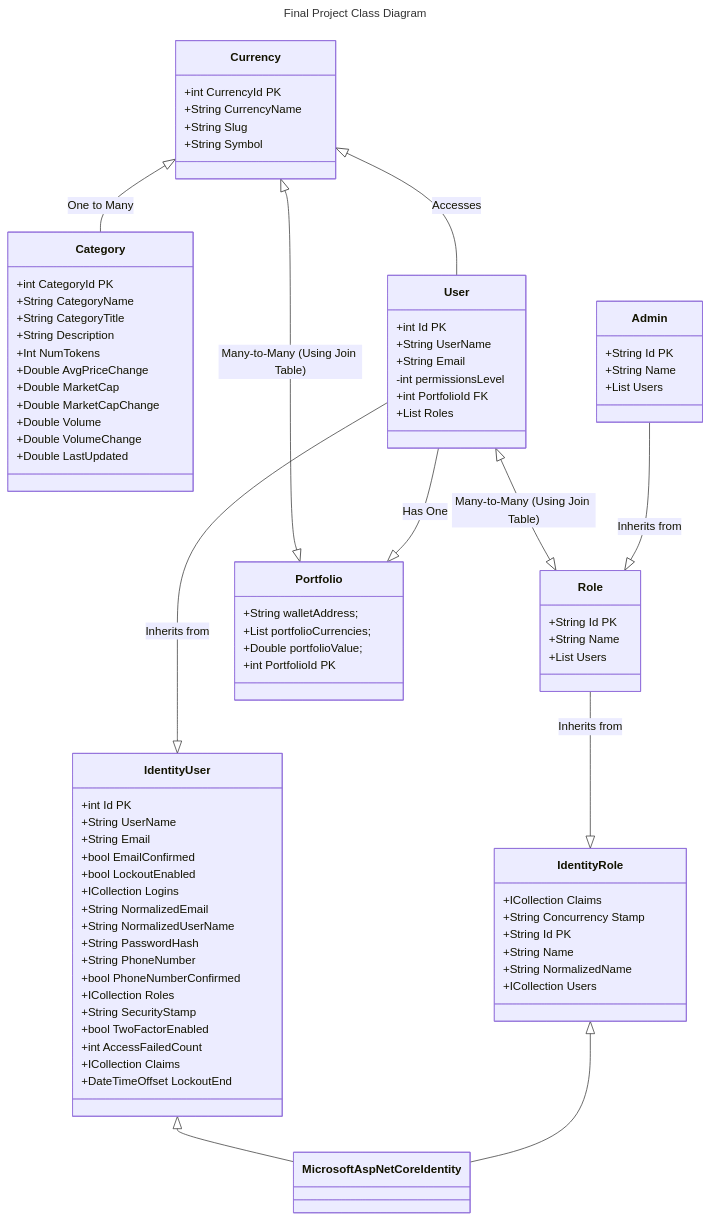
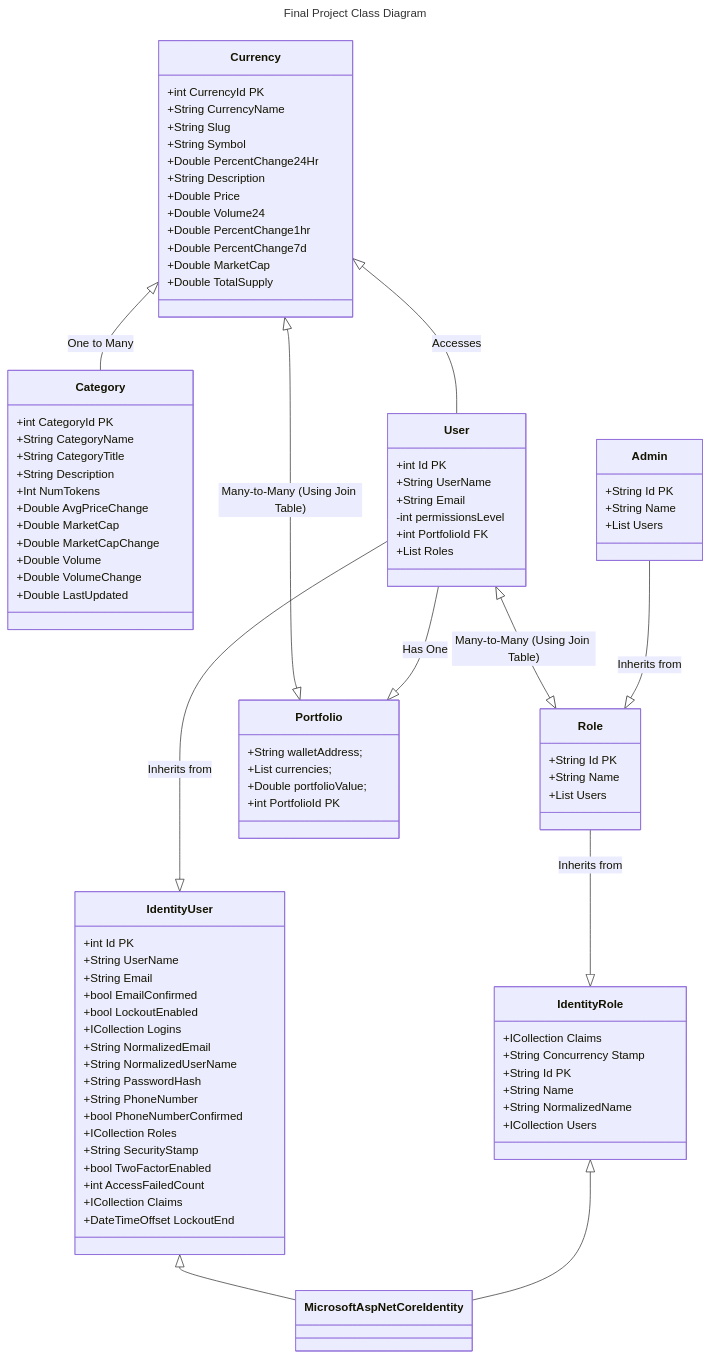
Before and after one commit to GrantRynders/ASPdemo: the diagram in README.md, drawn with Mermaid.

Commit message:
Readme fixes

```diff
--- a/README.md
+++ b/README.md
@@ -20,6 +20,14 @@
         +String CurrencyName
         +String Slug
         +String Symbol
+        +Double PercentChange24Hr
+        +String Description
+        +Double Price 
+        +Double Volume24 
+        +Double PercentChange1hr
+        +Double PercentChange7d
+        +Double MarketCap
+        +Double TotalSupply
     }
     class Category{
         +int CategoryId PK
@@ -36,7 +44,7 @@
     }
     class Portfolio{
         +String walletAddress;
-        +List<Currency> portfolioCurrencies;
+        +List<Currency> currencies;
         +Double portfolioValue;
         +int PortfolioId PK
     }
```
